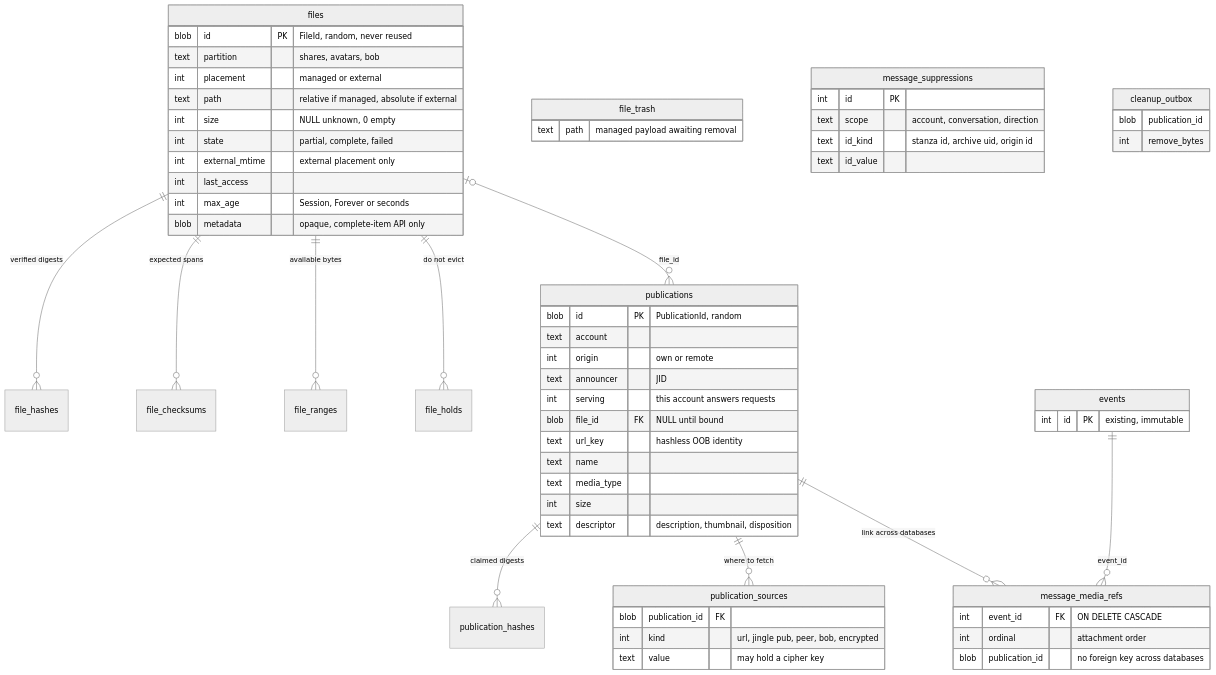
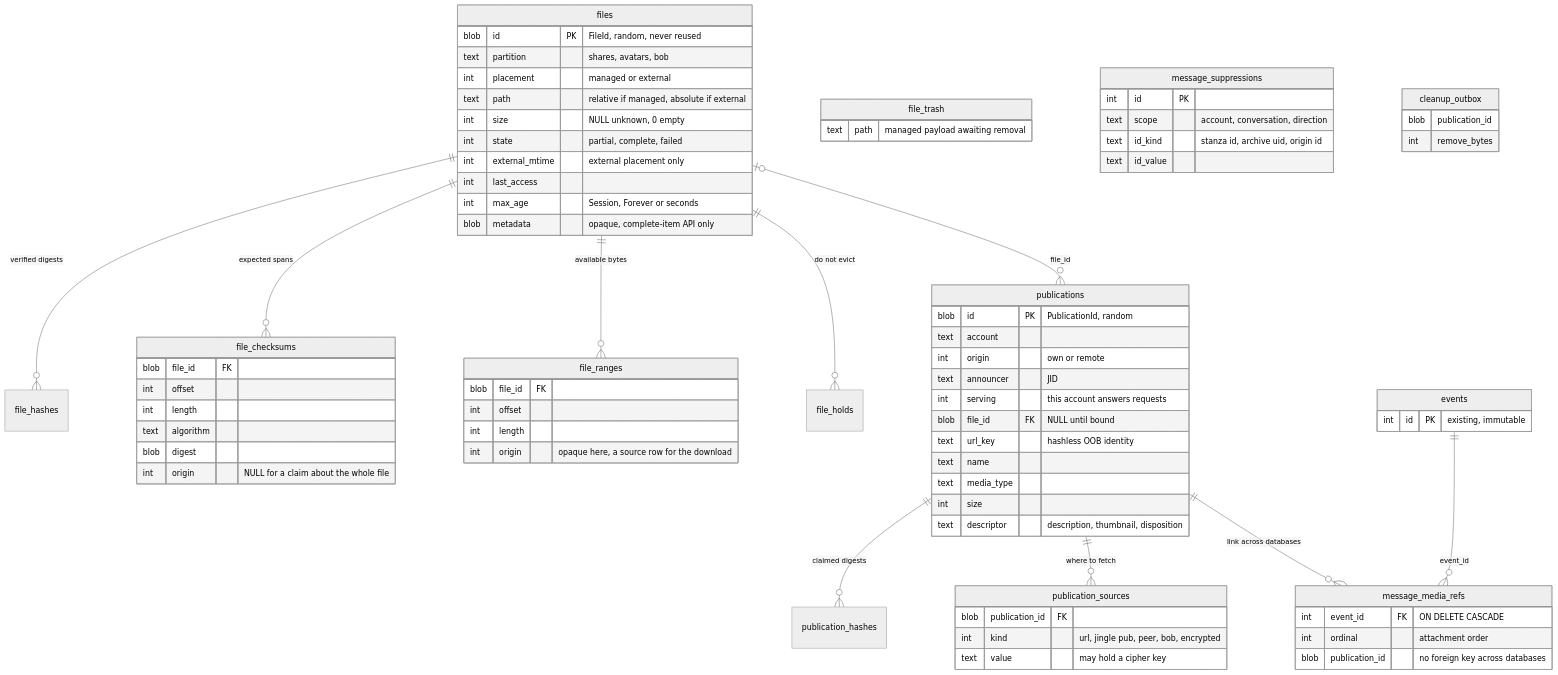
The second of 8 diagrams in docs/local-message-deletion-design.md (psi-im/psi), drawn with Mermaid (neutral theme) before and after one commit. The commit also changed other lines of this file, not shown here.

````diff
--- a/docs/local-message-deletion-design.md
+++ b/docs/local-message-deletion-design.md
@@ -156,64 +160,78 @@
 ```mermaid
 erDiagram
     files ||--o{ file_hashes : "verified digests"
     files ||--o{ file_checksums : "expected spans"
     files ||--o{ file_ranges : "available bytes"
     files ||--o{ file_holds : "do not evict"
     files |o--o{ publications : "file_id"
     publications ||--o{ publication_hashes : "claimed digests"
     publications ||--o{ publication_sources : "where to fetch"
     events ||--o{ message_media_refs : "event_id"
     publications ||--o{ message_media_refs : "link across databases"
 
     files {
         blob id PK "FileId, random, never reused"
         text partition "shares, avatars, bob"
         int placement "managed or external"
         text path "relative if managed, absolute if external"
         int size "NULL unknown, 0 empty"
         int state "partial, complete, failed"
         int external_mtime "external placement only"
         int last_access
         int max_age "Session, Forever or seconds"
         blob metadata "opaque, complete-item API only"
+    }
+    file_ranges {
+        blob file_id FK
+        int offset
+        int length
+        int origin "opaque here, a source row for the download"
+    }
+    file_checksums {
+        blob file_id FK
+        int offset
+        int length
+        text algorithm
+        blob digest
+        int origin "NULL for a claim about the whole file"
     }
     file_trash {
         text path "managed payload awaiting removal"
     }
     publications {
         blob id PK "PublicationId, random"
         text account
         int origin "own or remote"
         text announcer "JID"
         int serving "this account answers requests"
         blob file_id FK "NULL until bound"
         text url_key "hashless OOB identity"
         text name
         text media_type
         int size
         text descriptor "description, thumbnail, disposition"
     }
     publication_sources {
         blob publication_id FK
         int kind "url, jingle pub, peer, bob, encrypted"
         text value "may hold a cipher key"
     }
     events {
         int id PK "existing, immutable"
     }
     message_media_refs {
         int event_id FK "ON DELETE CASCADE"
         int ordinal "attachment order"
         blob publication_id "no foreign key across databases"
     }
     message_suppressions {
         int id PK
         text scope "account, conversation, direction"
         text id_kind "stanza id, archive uid, origin id"
         text id_value
     }
     cleanup_outbox {
         blob publication_id
         int remove_bytes
     }
 ```
````
